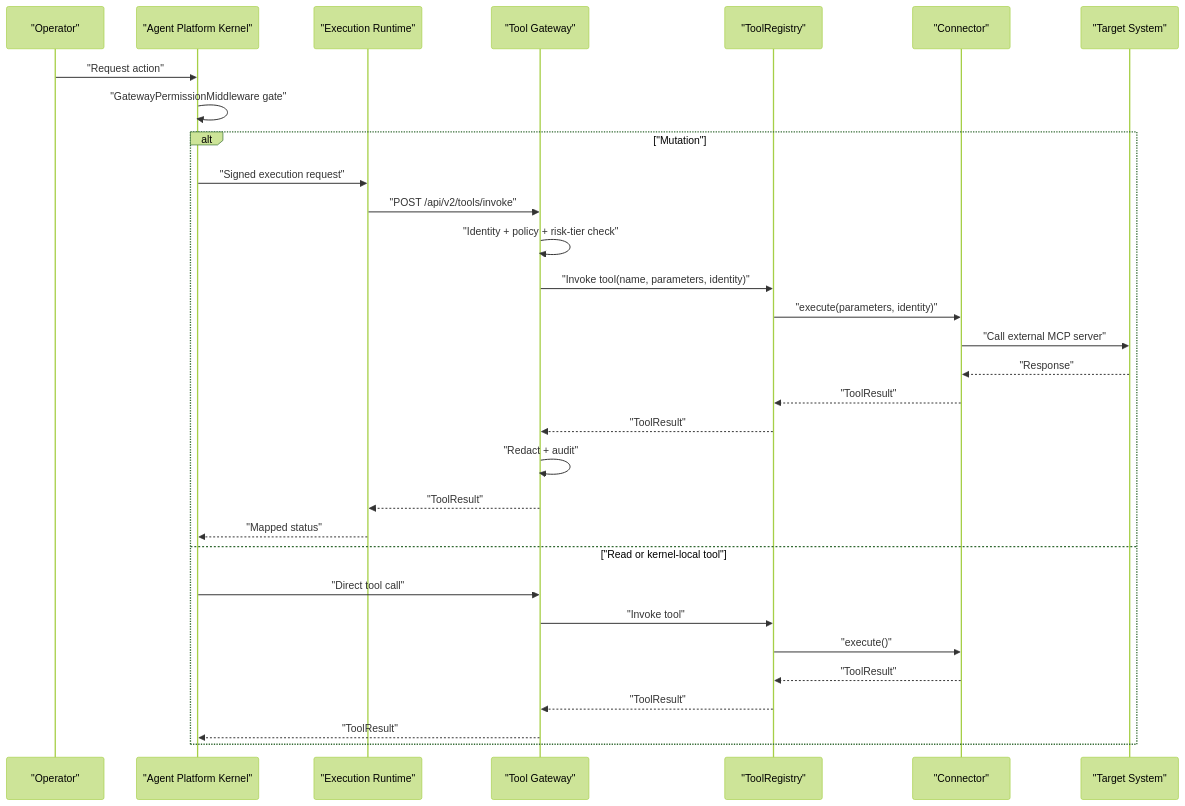
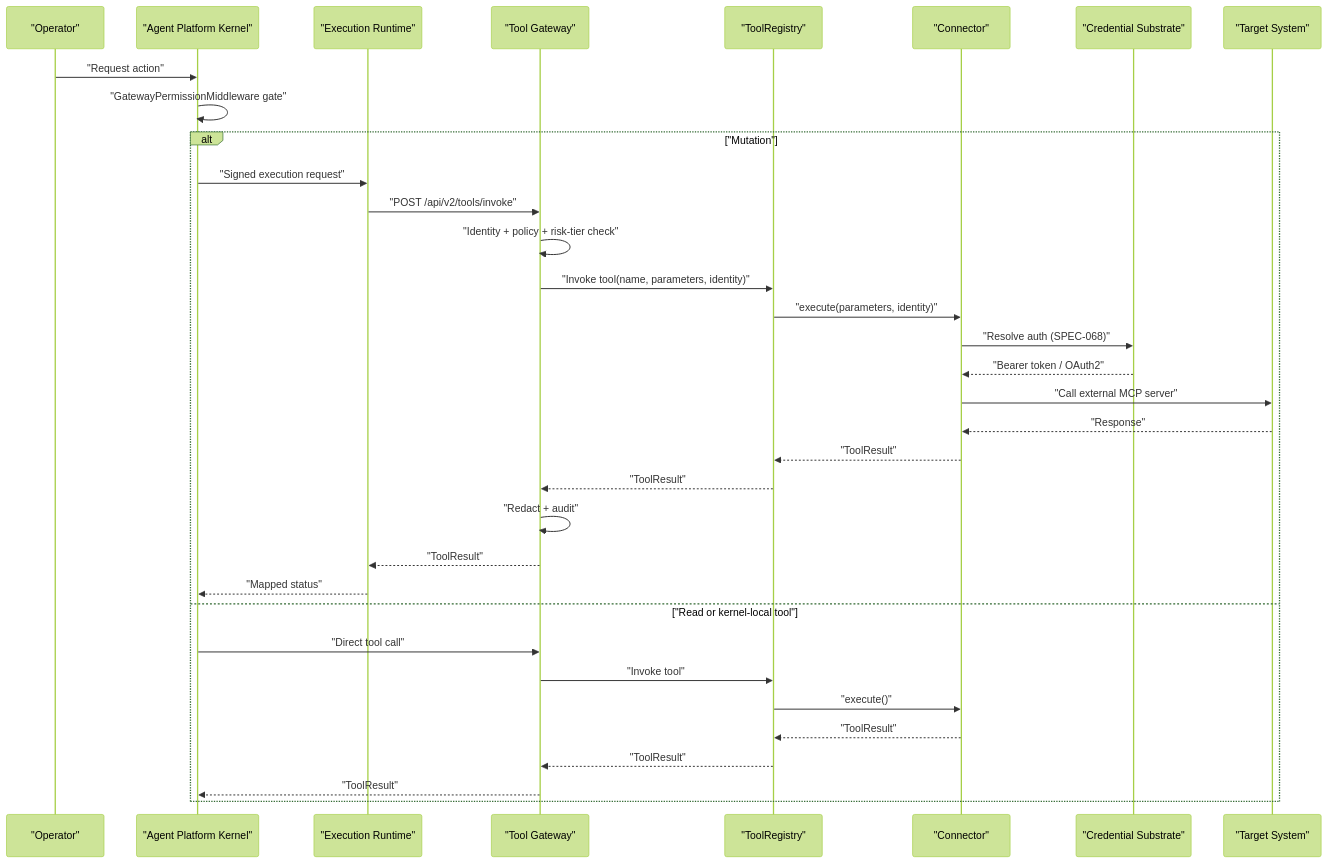
One commit to alainlei/luban-aiops changed the second of 6 diagrams in .qoder/repowiki/en/content/Operator Portal/Workspace Management/MCP Ingestion Strategy.md. Above: the diagram before and after it, drawn with Mermaid (forest theme). The commit also changed other lines of this file and 146 other files, not shown here.

````diff
--- a/.qoder/repowiki/en/content/Operator Portal/Workspace Management/MCP Ingestion Strategy.md
+++ b/.qoder/repowiki/en/content/Operator Portal/Workspace Management/MCP Ingestion Strategy.md
@@ -146,33 +156,36 @@
 ```mermaid
 sequenceDiagram
 participant Operator as "Operator"
 participant Kernel as "Agent Platform Kernel"
 participant Exec as "Execution Runtime"
 participant GW as "Tool Gateway"
 participant Reg as "ToolRegistry"
 participant Conn as "Connector"
+participant Cred as "Credential Substrate"
 participant Target as "Target System"
 Operator->>Kernel : "Request action"
 Kernel->>Kernel : "GatewayPermissionMiddleware gate"
 alt "Mutation"
 Kernel->>Exec : "Signed execution request"
 Exec->>GW : "POST /api/v2/tools/invoke"
 GW->>GW : "Identity + policy + risk-tier check"
 GW->>Reg : "Invoke tool(name, parameters, identity)"
 Reg->>Conn : "execute(parameters, identity)"
+Conn->>Cred : "Resolve auth (SPEC-068)"
+Cred-->>Conn : "Bearer token / OAuth2"
 Conn->>Target : "Call external MCP server"
 Target-->>Conn : "Response"
 Conn-->>Reg : "ToolResult"
 Reg-->>GW : "ToolResult"
 GW->>GW : "Redact + audit"
 GW-->>Exec : "ToolResult"
 Exec-->>Kernel : "Mapped status"
 else "Read or kernel-local tool"
 Kernel->>GW : "Direct tool call"
 GW->>Reg : "Invoke tool"
 Reg->>Conn : "execute()"
 Conn-->>Reg : "ToolResult"
 Reg-->>GW : "ToolResult"
 GW-->>Kernel : "ToolResult"
 end
 ```
````
